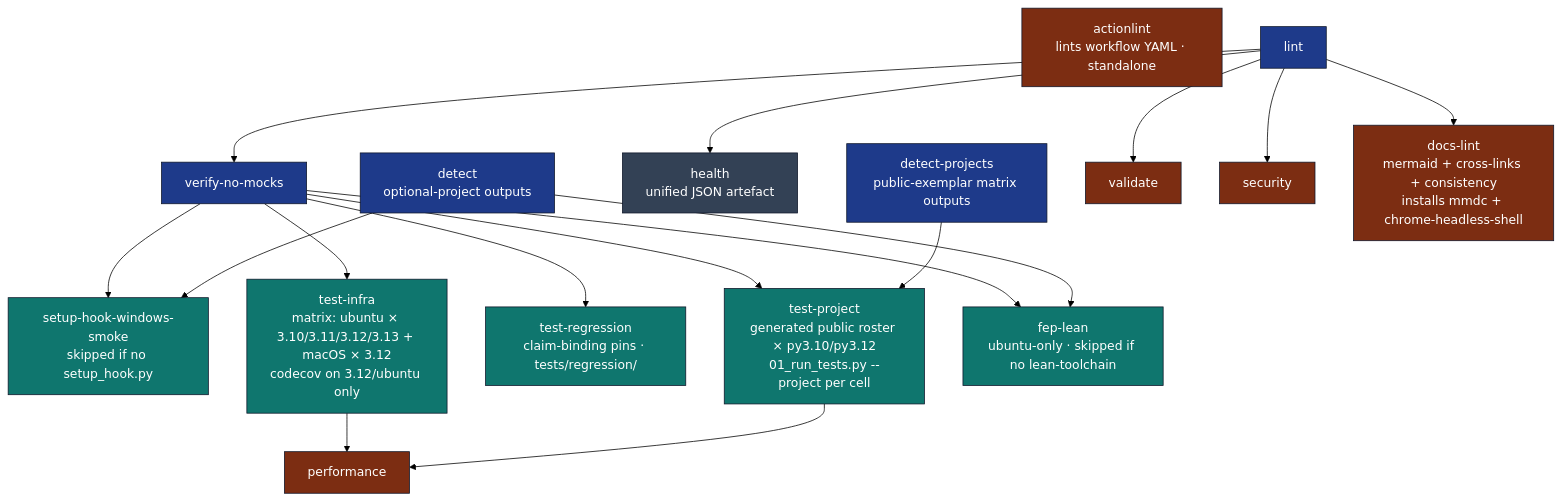
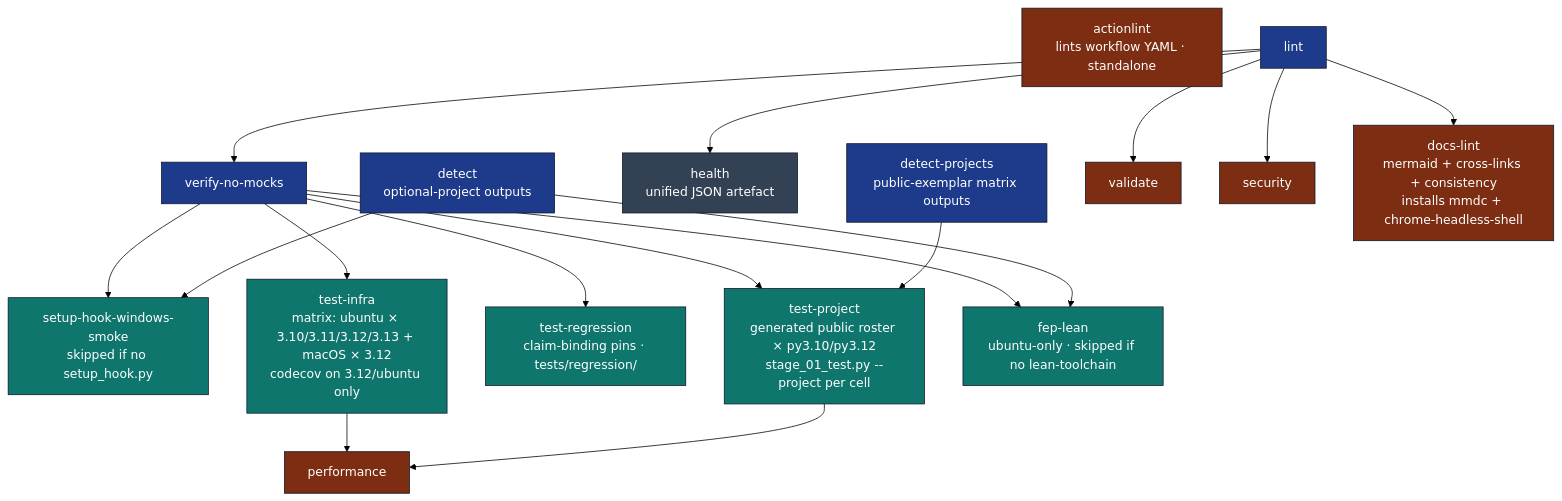
Before and after one commit to docxology/template: the second of 2 diagrams in .github/workflows/AGENTS.md, drawn with Mermaid (forest theme). The commit also changed 1834 other files, not shown here.

````diff
--- a/.github/workflows/AGENTS.md
+++ b/.github/workflows/AGENTS.md
@@ -44,30 +44,30 @@
 ```mermaid
 flowchart TB
     DET[detect<br/>optional-project outputs]
     DETP[detect-projects<br/>public-exemplar matrix outputs]
     ACTLINT[actionlint<br/>lints workflow YAML · standalone]
     LINT[lint] --> HEALTH[health<br/>unified JSON artefact]
     LINT --> VNM[verify-no-mocks]
     LINT --> VAL[validate]
     LINT --> SEC[security]
     LINT --> DL[docs-lint<br/>mermaid + cross-links + consistency<br/>installs mmdc + chrome-headless-shell]
     VNM --> SHW[setup-hook-windows-smoke<br/>skipped if no setup_hook.py]
     VNM --> TI[test-infra<br/>matrix: ubuntu × 3.10/3.11/3.12/3.13 + macOS × 3.12<br/>codecov on 3.12/ubuntu only]
     VNM --> TR[test-regression<br/>claim-binding pins · tests/regression/]
-    VNM --> TP[test-project<br/>generated public roster × py3.10/py3.12<br/>01_run_tests.py --project per cell]
+    VNM --> TP[test-project<br/>generated public roster × py3.10/py3.12<br/>stage_01_test.py --project per cell]
     VNM --> FL[fep-lean<br/>ubuntu-only · skipped if no lean-toolchain]
     DET --> SHW
     DET --> FL
     DETP --> TP
     TI --> PERF[performance]
     TP --> PERF
 
     classDef gate fill:#1e3a8a,stroke:#0f172a,color:#fff
     classDef matrix fill:#0f766e,stroke:#0f172a,color:#fff
     classDef terminal fill:#7c2d12,stroke:#0f172a,color:#fff
     classDef info fill:#334155,stroke:#0f172a,color:#fff
     class DET,DETP,LINT,VNM gate
     class TI,TR,TP,FL,SHW matrix
     class VAL,SEC,DL,PERF,ACTLINT terminal
     class HEALTH info
 ```
````
